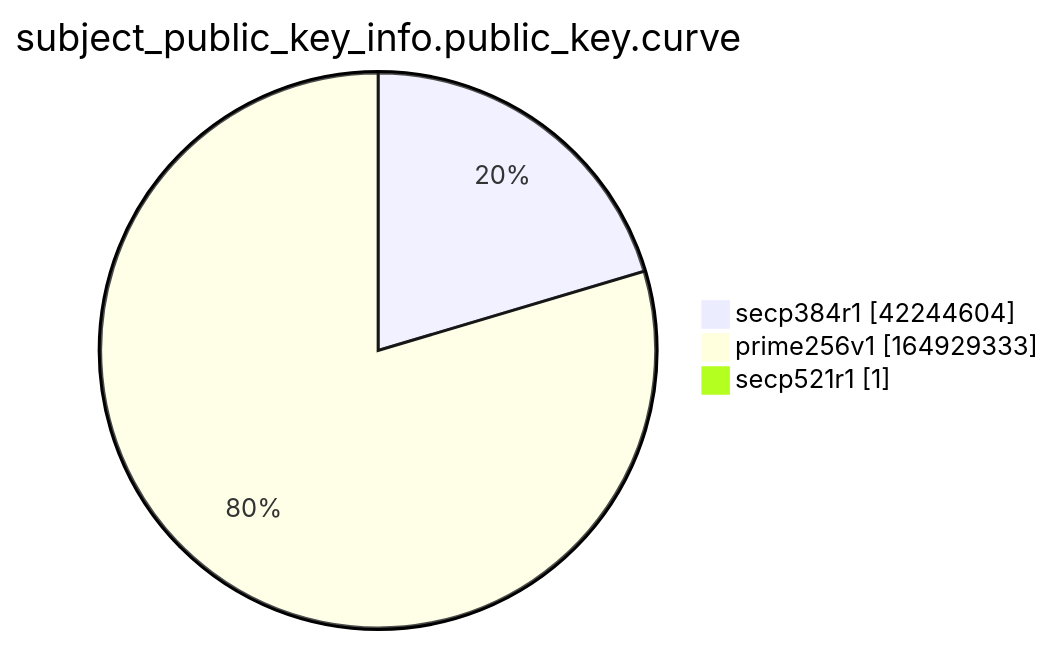
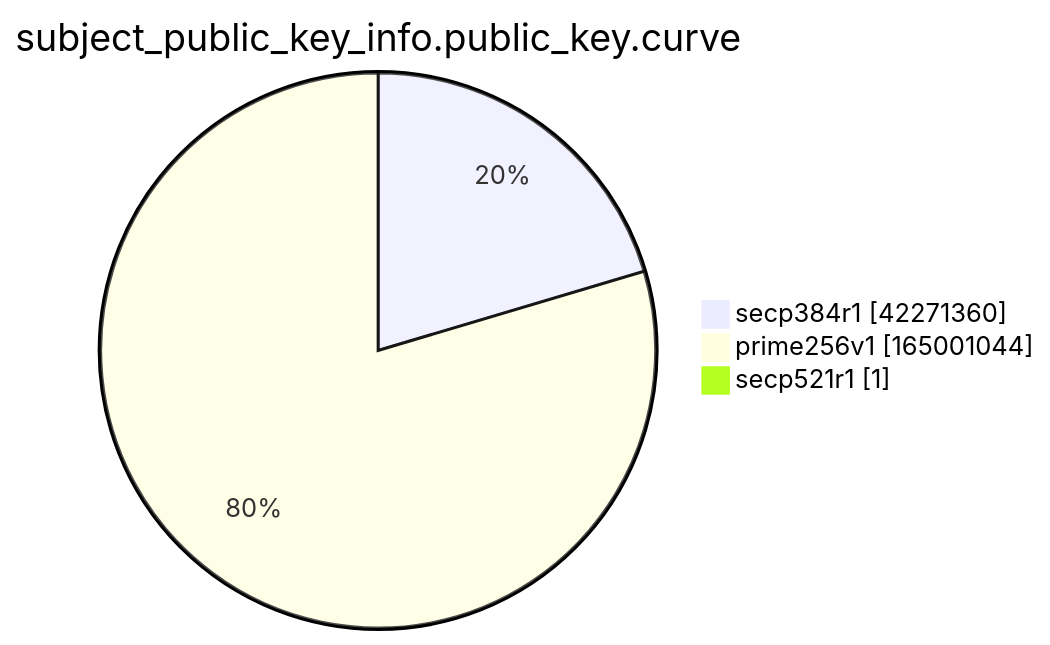
One commit to christiankrug/ctmonitor_visualization changed the ninth of 15 diagrams in xenon2022/README.md. Above: the diagram before and after it, drawn with Mermaid. The commit also changed other lines of this file, not shown here.

````diff
--- a/xenon2022/README.md
+++ b/xenon2022/README.md
@@ -2869,7 +2869,7 @@
 ```mermaid
 pie showData
 title subject_public_key_info.public_key.curve
-"secp384r1" :42244604
-"prime256v1" :164929333
+"secp384r1" :42271360
+"prime256v1" :165001044
 "secp521r1" :1
 ```
````
